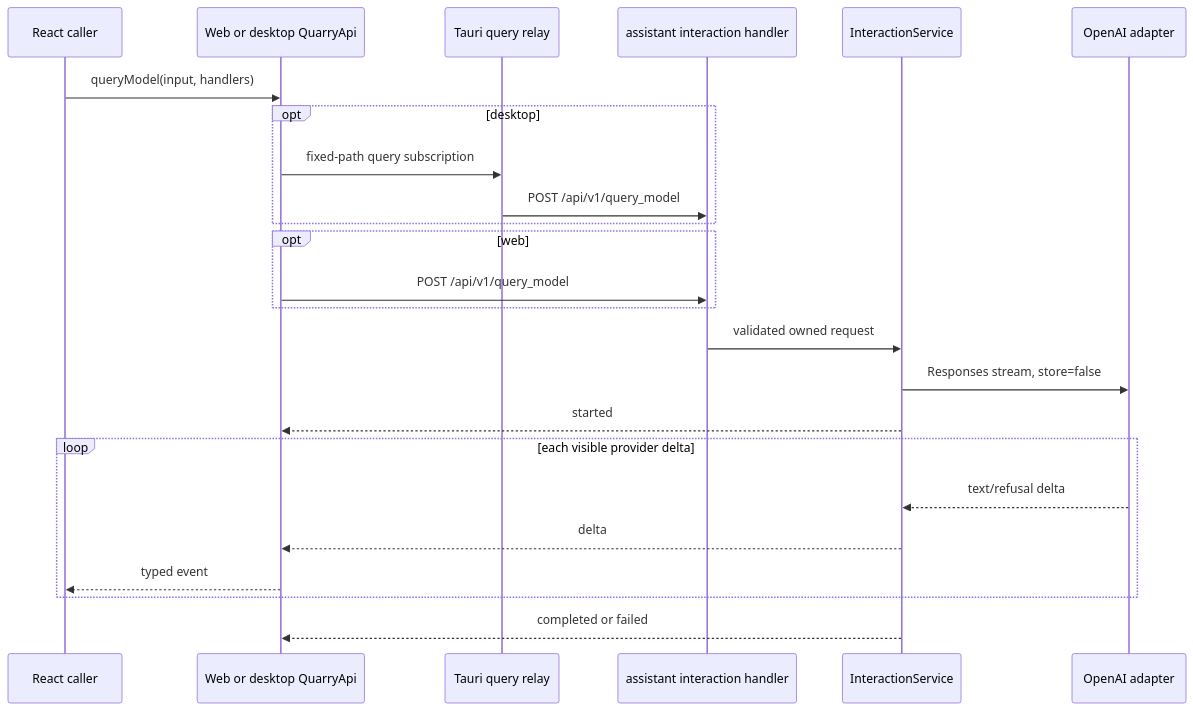
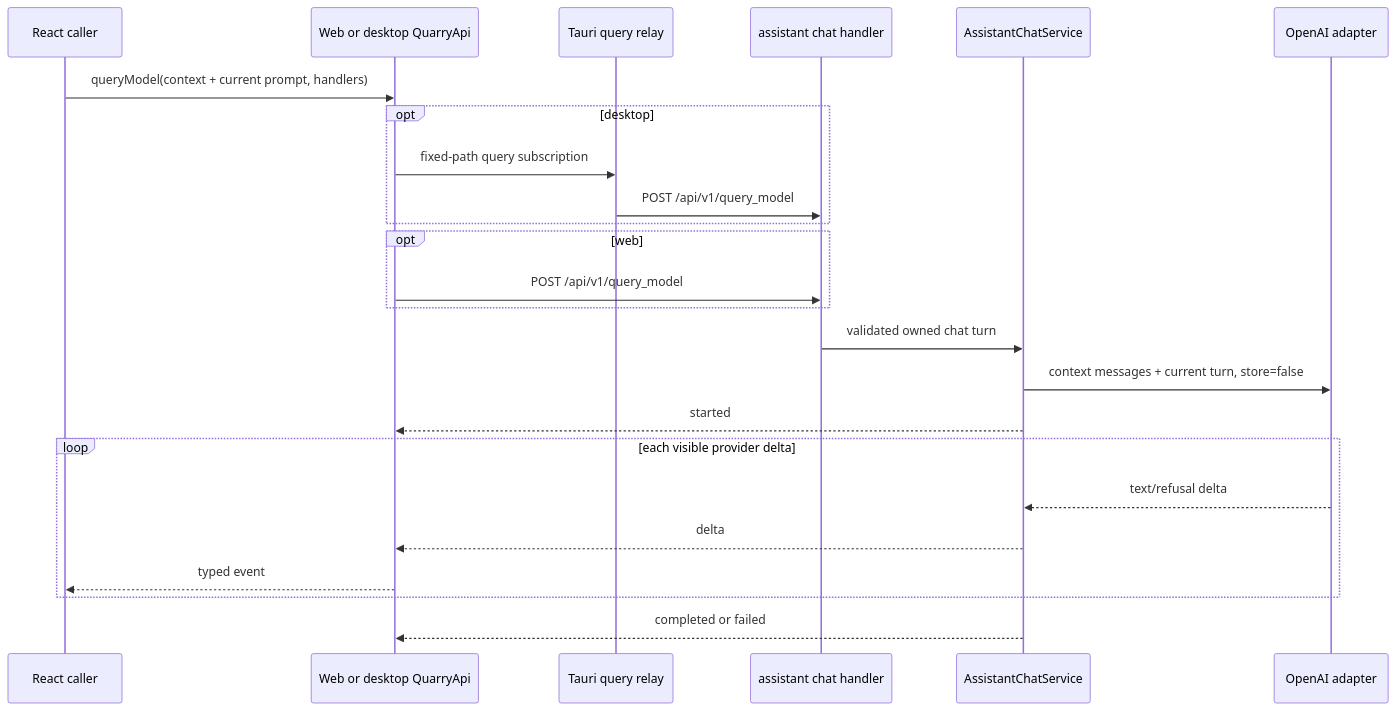
The diagram in plans/quarry-send-query-sse-plan.md (ratik-gambhir-WM/Quarry), drawn with Mermaid before and after one commit. The commit also changed other lines of this file and 56 other files, not shown here.

````diff
--- a/plans/quarry-send-query-sse-plan.md
+++ b/plans/quarry-send-query-sse-plan.md
@@ -167,27 +312,27 @@
 ```mermaid
 sequenceDiagram
     participant Caller as React caller
     participant Adapter as Web or desktop QuarryApi
     participant Tauri as Tauri query relay
-    participant Handler as assistant interaction handler
-    participant Service as InteractionService
+    participant Handler as assistant chat handler
+    participant Service as AssistantChatService
     participant OpenAI as OpenAI adapter
 
-    Caller->>Adapter: queryModel(input, handlers)
+    Caller->>Adapter: queryModel(context + current prompt, handlers)
     opt desktop
         Adapter->>Tauri: fixed-path query subscription
         Tauri->>Handler: POST /api/v1/query_model
     end
     opt web
         Adapter->>Handler: POST /api/v1/query_model
     end
-    Handler->>Service: validated owned request
-    Service->>OpenAI: Responses stream, store=false
+    Handler->>Service: validated owned chat turn
+    Service->>OpenAI: context messages + current turn, store=false
     Service-->>Adapter: started
     loop each visible provider delta
         OpenAI-->>Service: text/refusal delta
         Service-->>Adapter: delta
         Adapter-->>Caller: typed event
     end
     Service-->>Adapter: completed or failed
 ```
````
